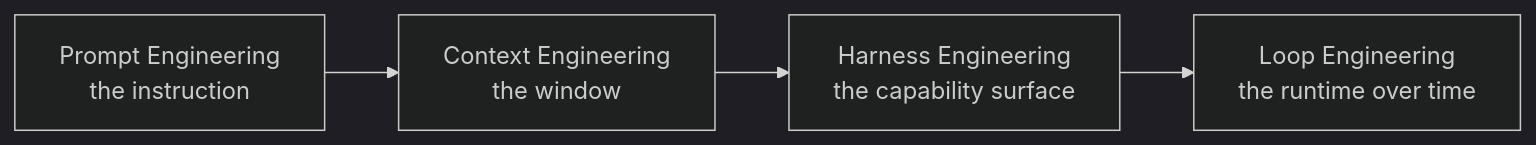
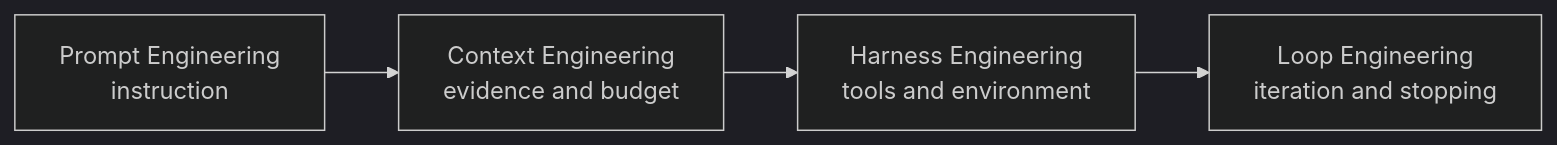
Before and after one commit to grafanaKibana/devbook.zip: the diagram in Vault/Home/AI & ML/LLM/LLM.md, drawn with Mermaid (dark theme). The commit also changed other lines of this file and 349 other files, not shown here.

````diff
--- a/Vault/Home/AI & ML/LLM/LLM.md
+++ b/Vault/Home/AI & ML/LLM/LLM.md
@@ -31,4 +31,6 @@
 ```mermaid
 flowchart LR
-    P[Prompt Engineering<br>the instruction] --> C[Context Engineering<br>the window] --> H[Harness Engineering<br>the capability surface] --> L[Loop Engineering<br>the runtime over time]
+    P[Prompt Engineering<br>instruction] --> C[Context Engineering<br>evidence and budget]
+    C --> H[Harness Engineering<br>tools and environment]
+    H --> L[Loop Engineering<br>iteration and stopping]
 ```
````
